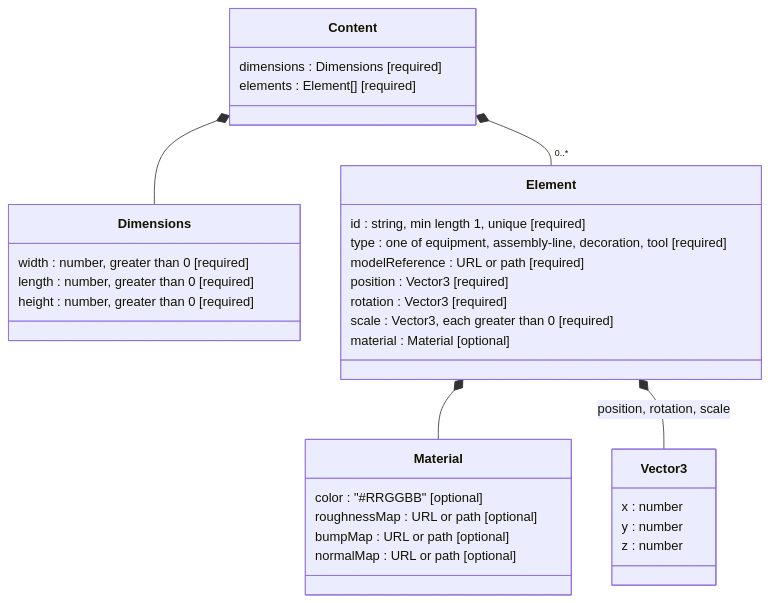
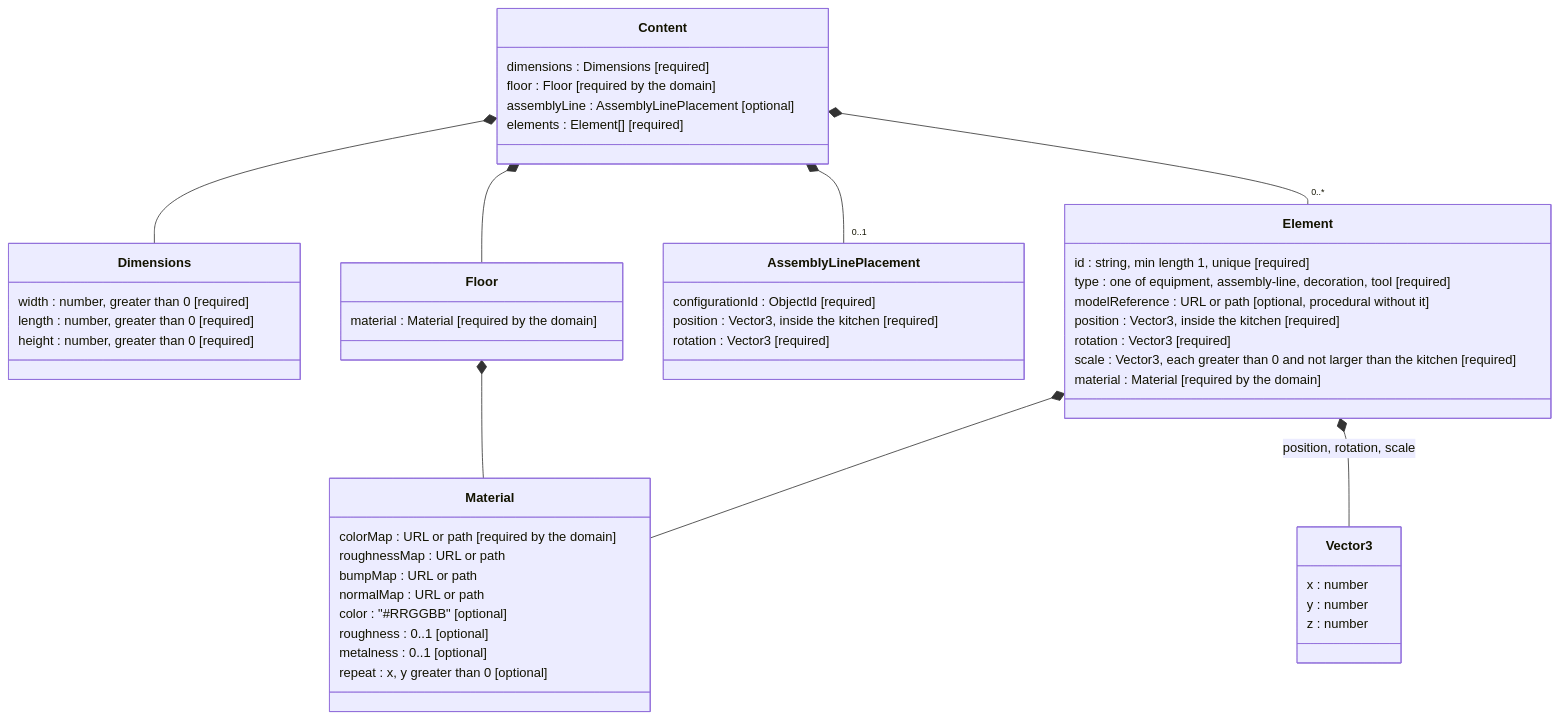
One commit to ivasduarte/laprizza changed the diagram in docs/flows/kitchen-configuration/kitchen-configuration-json-format.md. Above: the diagram before and after it, drawn with Mermaid. The commit also changed other lines of this file and 14 other files, not shown here.

````diff
--- a/docs/flows/kitchen-configuration/kitchen-configuration-json-format.md
+++ b/docs/flows/kitchen-configuration/kitchen-configuration-json-format.md
@@ -18,36 +18,53 @@
 ```mermaid
 classDiagram
     class Content {
         dimensions : Dimensions [required]
+        floor : Floor [required by the domain]
+        assemblyLine : AssemblyLinePlacement [optional]
         elements : Element[] [required]
     }
     class Dimensions {
         width : number, greater than 0 [required]
         length : number, greater than 0 [required]
         height : number, greater than 0 [required]
     }
+    class Floor {
+        material : Material [required by the domain]
+    }
+    class AssemblyLinePlacement {
+        configurationId : ObjectId [required]
+        position : Vector3, inside the kitchen [required]
+        rotation : Vector3 [required]
+    }
     class Element {
         id : string, min length 1, unique [required]
         type : one of equipment, assembly-line, decoration, tool [required]
-        modelReference : URL or path [required]
-        position : Vector3 [required]
+        modelReference : URL or path [optional, procedural without it]
+        position : Vector3, inside the kitchen [required]
         rotation : Vector3 [required]
-        scale : Vector3, each greater than 0 [required]
-        material : Material [optional]
+        scale : Vector3, each greater than 0 and not larger than the kitchen [required]
+        material : Material [required by the domain]
     }
     class Material {
+        colorMap : URL or path [required by the domain]
+        roughnessMap : URL or path
+        bumpMap : URL or path
+        normalMap : URL or path
         color : "#RRGGBB" [optional]
-        roughnessMap : URL or path [optional]
-        bumpMap : URL or path [optional]
-        normalMap : URL or path [optional]
+        roughness : 0..1 [optional]
+        metalness : 0..1 [optional]
+        repeat : x, y greater than 0 [optional]
     }
     class Vector3 {
         x : number
         y : number
         z : number
     }
     Content *-- Dimensions
+    Content *-- Floor
+    Content *-- "0..1" AssemblyLinePlacement
     Content *-- "0..*" Element
+    Floor *-- Material
     Element *-- Material
     Element *-- Vector3 : position, rotation, scale
 ```
````
